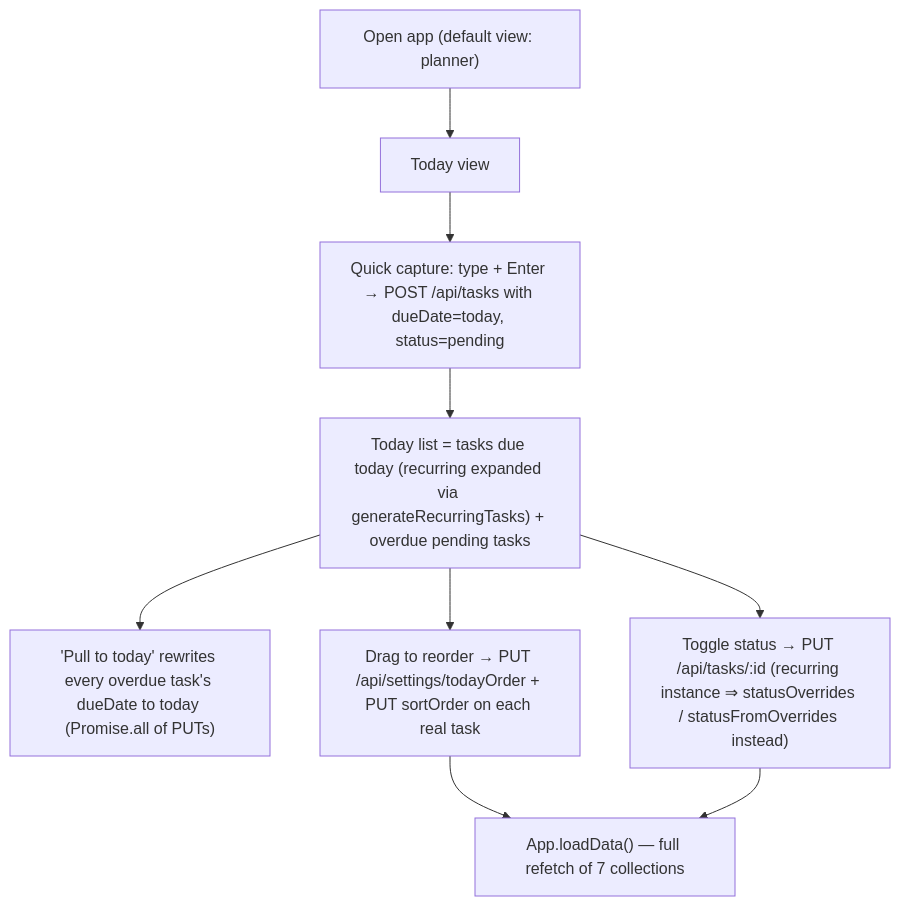
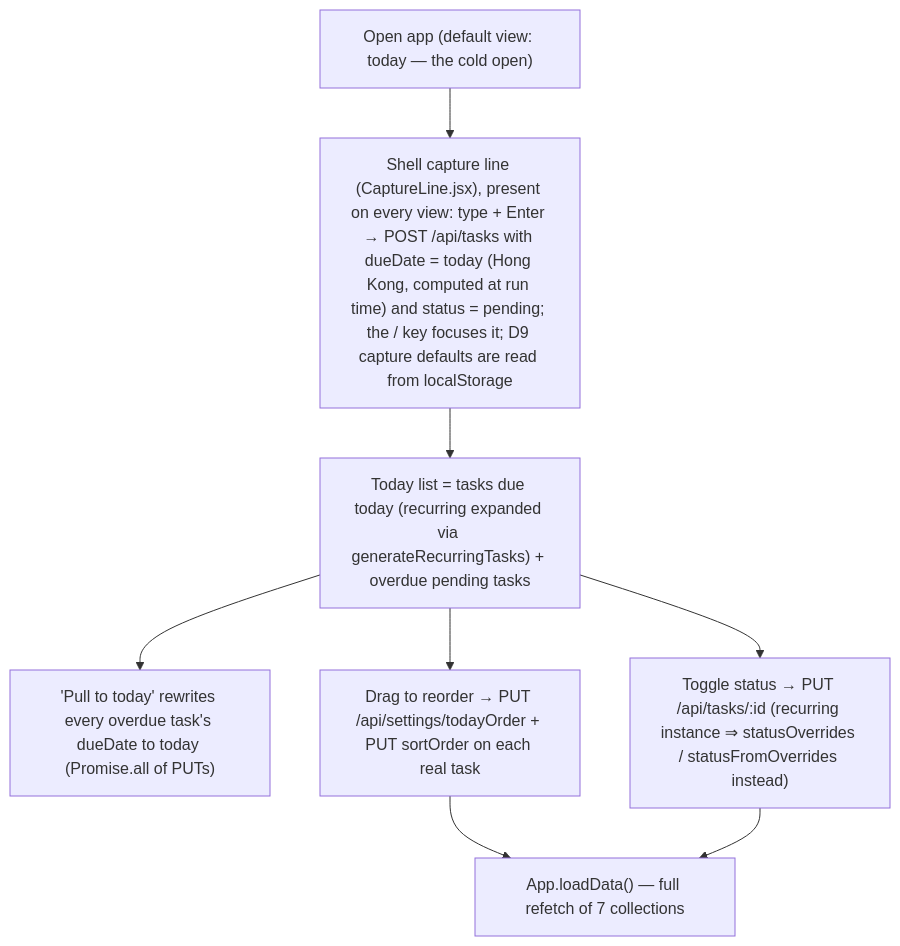
The third of 7 diagrams in .dev_context/ARCHITECTURE.md (lung123w/dayframe), drawn with Mermaid before and after one commit. The commit also changed other lines of this file and 2 other files, not shown here.

First line of the commit message:
docs(dev-context): record the stage-2 shell and capture line (Rule B)

````diff
--- a/.dev_context/ARCHITECTURE.md
+++ b/.dev_context/ARCHITECTURE.md
@@ -111,11 +114,10 @@
 ```mermaid
 flowchart TD
-    Start["Open app (default view: planner)"] --> Today["Today view"]
-    Today --> Capture["Quick capture: type + Enter → POST /api/tasks with dueDate=today, status=pending"]
+    Start["Open app (default view: today — the cold open)"] --> Capture["Shell capture line (CaptureLine.jsx), present on every view: type + Enter → POST /api/tasks with dueDate = today (Hong Kong, computed at run time) and status = pending; the / key focuses it; D9 capture defaults are read from localStorage"]
     Capture --> List["Today list = tasks due today (recurring expanded via generateRecurringTasks) + overdue pending tasks"]
     List --> Pull["'Pull to today' rewrites every overdue task's dueDate to today (Promise.all of PUTs)"]
     List --> Order["Drag to reorder → PUT /api/settings/todayOrder + PUT sortOrder on each real task"]
     List --> Done["Toggle status → PUT /api/tasks/:id (recurring instance ⇒ statusOverrides / statusFromOverrides instead)"]
     Order --> Reload["App.loadData() — full refetch of 7 collections"]
     Done --> Reload
 ```
````
